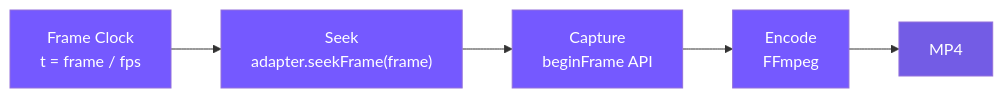
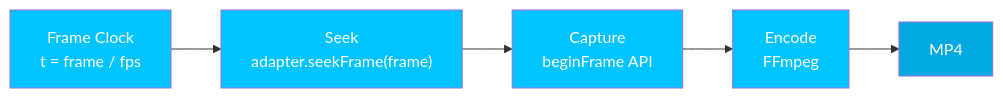
One commit to Zollicoff/hyperframes changed the diagram in docs/concepts/determinism.mdx. Above: the diagram before and after it, drawn with Mermaid. The commit also changed 4 other files, not shown here.

````diff
--- a/docs/concepts/determinism.mdx
+++ b/docs/concepts/determinism.mdx
@@ -27,12 +27,12 @@
 ```mermaid
 graph LR
     A["Frame Clock<br/>t = frame / fps"] --> B["Seek<br/>adapter.seekFrame(frame)"]
     B --> C["Capture<br/>beginFrame API"]
     C --> D["Encode<br/>FFmpeg"]
     D --> E["MP4"]
-    style A fill:#7559FF,color:#fff
-    style B fill:#7559FF,color:#fff
-    style C fill:#7559FF,color:#fff
-    style D fill:#7559FF,color:#fff
-    style E fill:#735CE5,color:#fff
+    style A fill:#00C4FF,color:#fff
+    style B fill:#00C4FF,color:#fff
+    style C fill:#00C4FF,color:#fff
+    style D fill:#00C4FF,color:#fff
+    style E fill:#00A8E1,color:#fff
 ```
````
